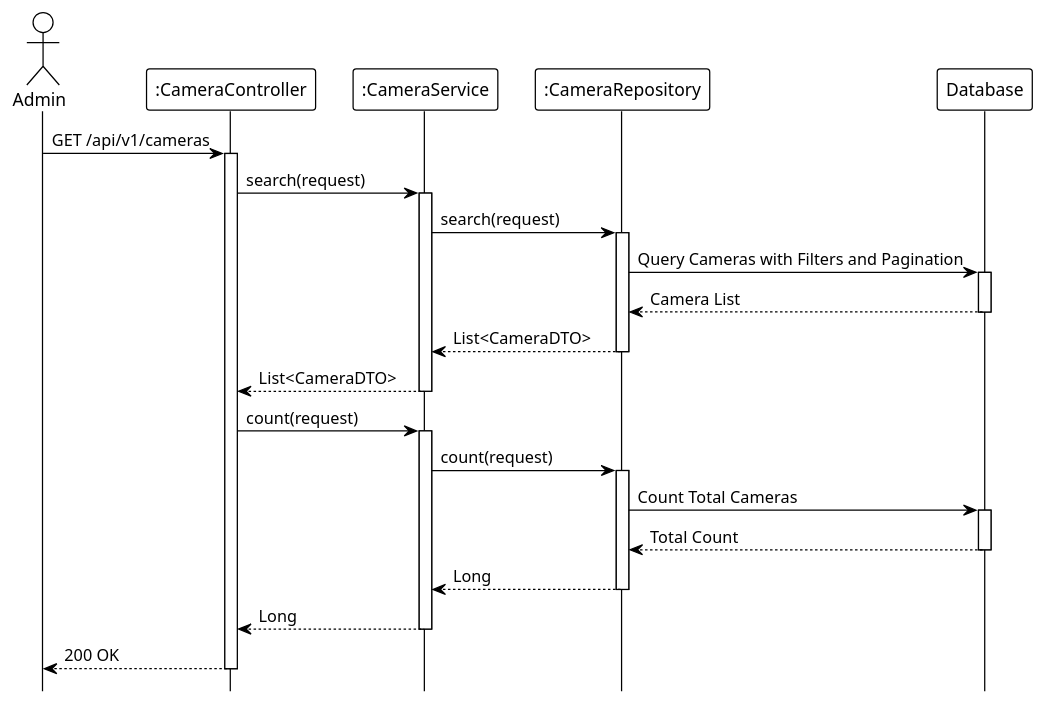
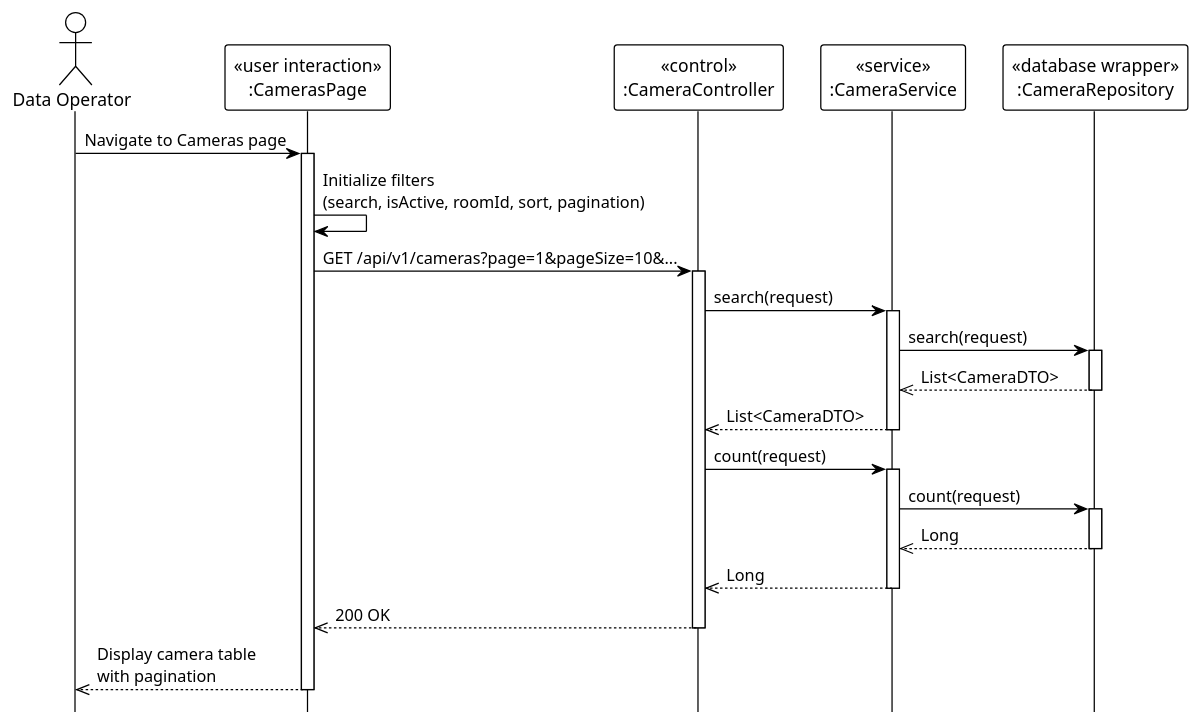
Before and after one commit to Ndh474/context: the diagram in system_detailed_design/61_view_list_camera/sequence_diagram_view_list_camera.puml, drawn with PlantUML. The commit also changed 6 other files, not shown here.

Commit message:
docs(system_detailed_design): add UML stereotypes to camera sequence diagrams

```diff
--- a/system_detailed_design/61_view_list_camera/sequence_diagram_view_list_camera.puml
+++ b/system_detailed_design/61_view_list_camera/sequence_diagram_view_list_camera.puml
@@ -1,56 +1,49 @@
 @startuml view_list_camera
 !theme plain
 hide footbox
 
-actor Admin
-participant ":CameraController" as Controller
-participant ":CameraService" as Service
-participant ":CameraRepository" as Repository
-participant "Database" as DB
+actor "Data Operator" as DataOperator
 
-' --- MAIN FLOW ---
-Admin -> Controller: GET /api/v1/cameras
+participant "«user interaction»\n:CamerasPage" as UI
+participant "«control»\n:CameraController" as Controller
+participant "«service»\n:CameraService" as Service
+participant "«database wrapper»\n:CameraRepository" as Repository
+
+' === MAIN FLOW ===
+DataOperator -> UI: Navigate to Cameras page
+activate UI
+
+UI -> UI: Initialize filters\n(search, isActive, roomId, sort, pagination)
+
+UI -> Controller: GET /api/v1/cameras?page=1&pageSize=10&...
 activate Controller
 
 Controller -> Service: search(request)
 activate Service
 
-' --- SEARCH QUERY ---
 Service -> Repository: search(request)
 activate Repository
-
-Repository -> DB: Query Cameras with Filters and Pagination
-activate DB
-DB --> Repository: Camera List
-deactivate DB
-
-Repository --> Service: List<CameraDTO>
+Repository -->> Service: List<CameraDTO>
 deactivate Repository
 
-Service --> Controller: List<CameraDTO>
+Service -->> Controller: List<CameraDTO>
 deactivate Service
 
-' --- COUNT QUERY ---
 Controller -> Service: count(request)
 activate Service
 
 Service -> Repository: count(request)
 activate Repository
-
-Repository -> DB: Count Total Cameras
-activate DB
-DB --> Repository: Total Count
-deactivate DB
-
-Repository --> Service: Long
+Repository -->> Service: Long
 deactivate Repository
 
-Service --> Controller: Long
+Service -->> Controller: Long
 deactivate Service
 
-' Build paging response (internal)
-
-Controller --> Admin: 200 OK
+Controller -->> UI: 200 OK
 deactivate Controller
 
+UI -->> DataOperator: Display camera table\nwith pagination
+deactivate UI
+
 @enduml
```
